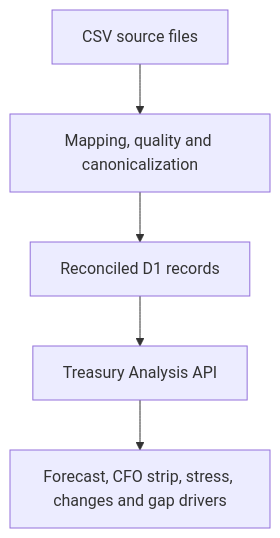
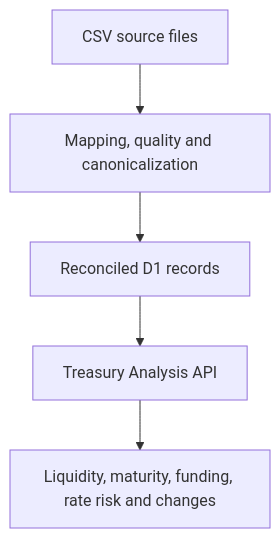
One commit to oykuul/treasury-intelligence changed the diagram in README.md. Above: the diagram before and after it, drawn with Mermaid. The commit also changed other lines of this file and 12 other files, not shown here.

First line of the commit message:
feat: add interest rate risk analysis (#8)

````diff
--- a/README.md
+++ b/README.md
@@ -135,7 +138,7 @@
 ```mermaid
 flowchart TD
   CSV["CSV source files"] --> Pipeline["Mapping, quality and canonicalization"]
   Pipeline --> D1["Reconciled D1 records"]
   D1 --> API["Treasury Analysis API"]
-  API --> Output["Forecast, CFO strip, stress, changes and gap drivers"]
+  API --> Output["Liquidity, maturity, funding, rate risk and changes"]
 ```
````
